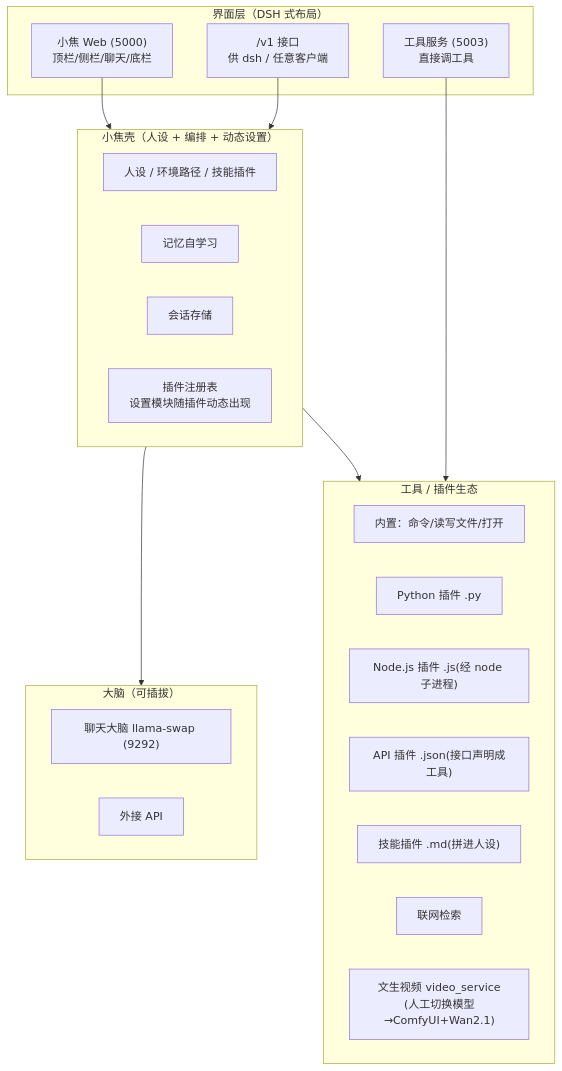
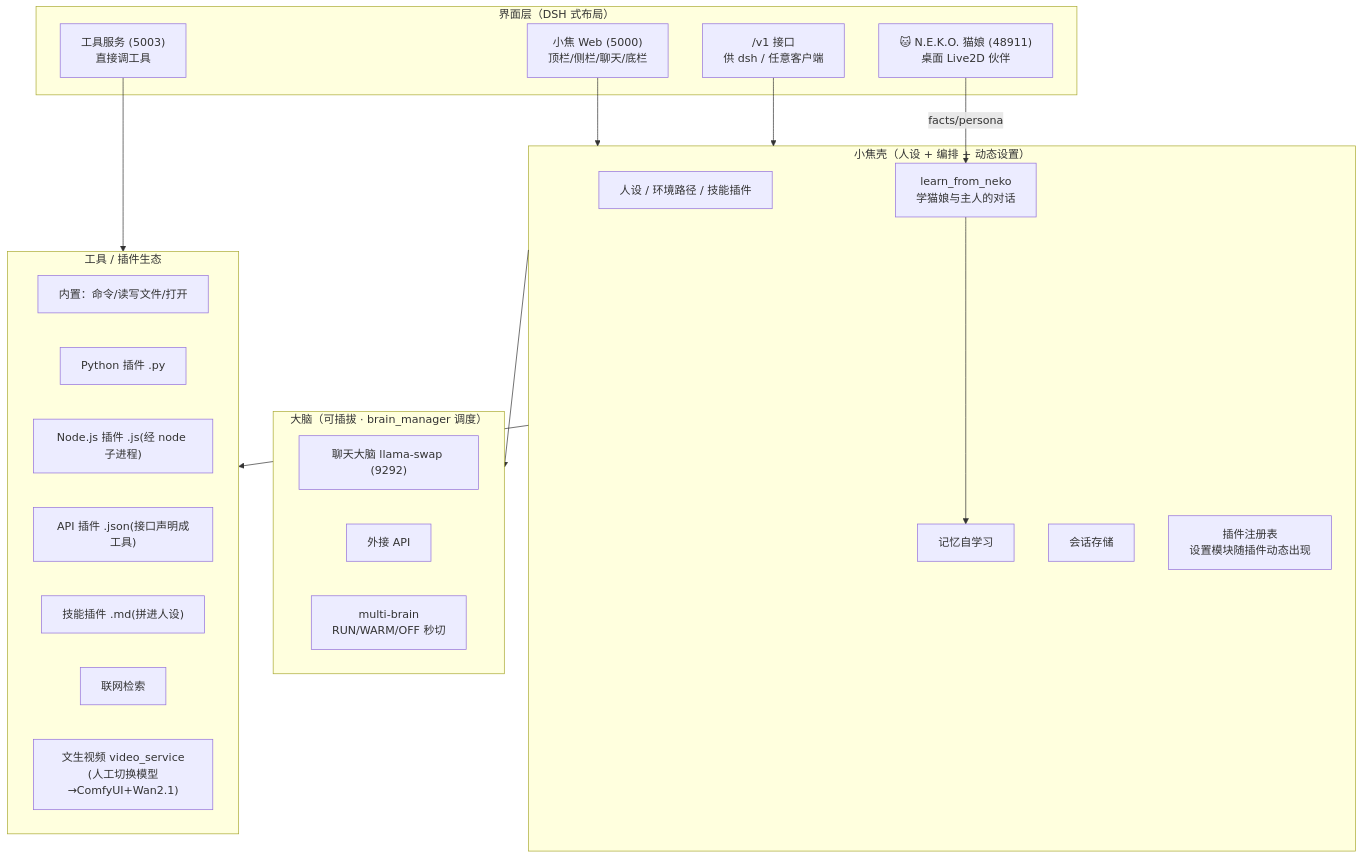
Before and after one commit to jiangchuangege/xiaojiao-harness: the first of 7 diagrams in README.md, drawn with Mermaid. The commit also changed other lines of this file and 18 other files, not shown here.

````diff
--- a/README.md
+++ b/README.md
@@ -113,31 +113,36 @@
 ```mermaid
 flowchart TD
     subgraph UI["界面层（DSH 式布局）"]
         W["小焦 Web (5000)<br/>顶栏/侧栏/聊天/底栏"]
         C["/v1 接口<br/>供 dsh / 任意客户端"]
         T["工具服务 (5003)<br/>直接调工具"]
+        NEKO["🐱 N.E.K.O. 猫娘 (48911)<br/>桌面 Live2D 伙伴"]
     end
     subgraph AGENT["小焦壳（人设 + 编排 + 动态设置）"]
         R["人设 / 环境路径 / 技能插件"]
         M["记忆自学习"]
         S["会话存储"]
         P["插件注册表<br/>设置模块随插件动态出现"]
+        LEARN["learn_from_neko<br/>学猫娘与主人的对话"]
     end
-    subgraph BRAIN["大脑（可插拔）"]
+    subgraph BRAIN["大脑（可插拔 · brain_manager 调度）"]
         B1["聊天大脑 llama-swap (9292)"]
         B2["外接 API"]
+        BM["multi-brain<br/>RUN/WARM/OFF 秒切"]
     end
     subgraph TOOLS["工具 / 插件生态"]
         T1["内置：命令/读写文件/打开"]
         T2["Python 插件 .py"]
         T3["Node.js 插件 .js(经 node 子进程)"]
         T4["API 插件 .json(接口声明成工具)"]
         T5["技能插件 .md(拼进人设)"]
         T6["联网检索"]
         T7["文生视频 video_service<br/>(人工切换模型→ComfyUI+Wan2.1)"]
     end
     W & C --> AGENT
     T --> TOOLS
     AGENT --> BRAIN
     AGENT --> TOOLS
+    NEKO -->|facts/persona| LEARN
+    LEARN --> M
 ```
````
